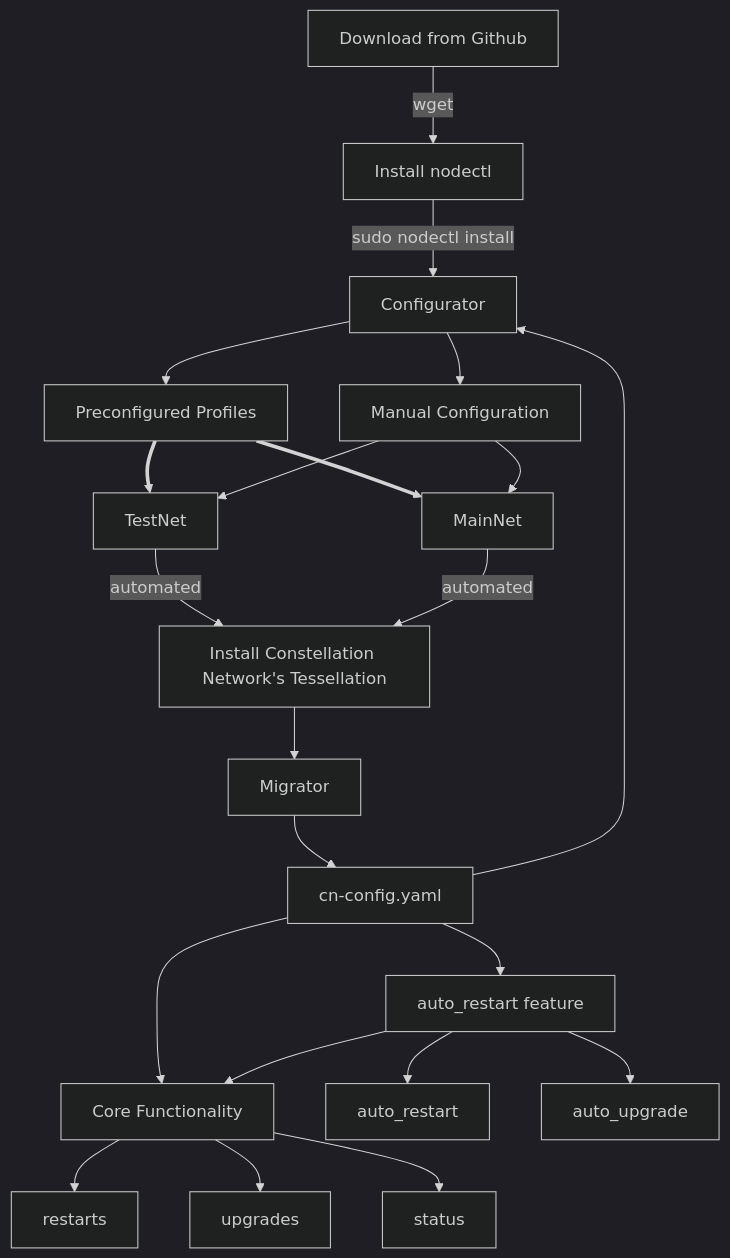
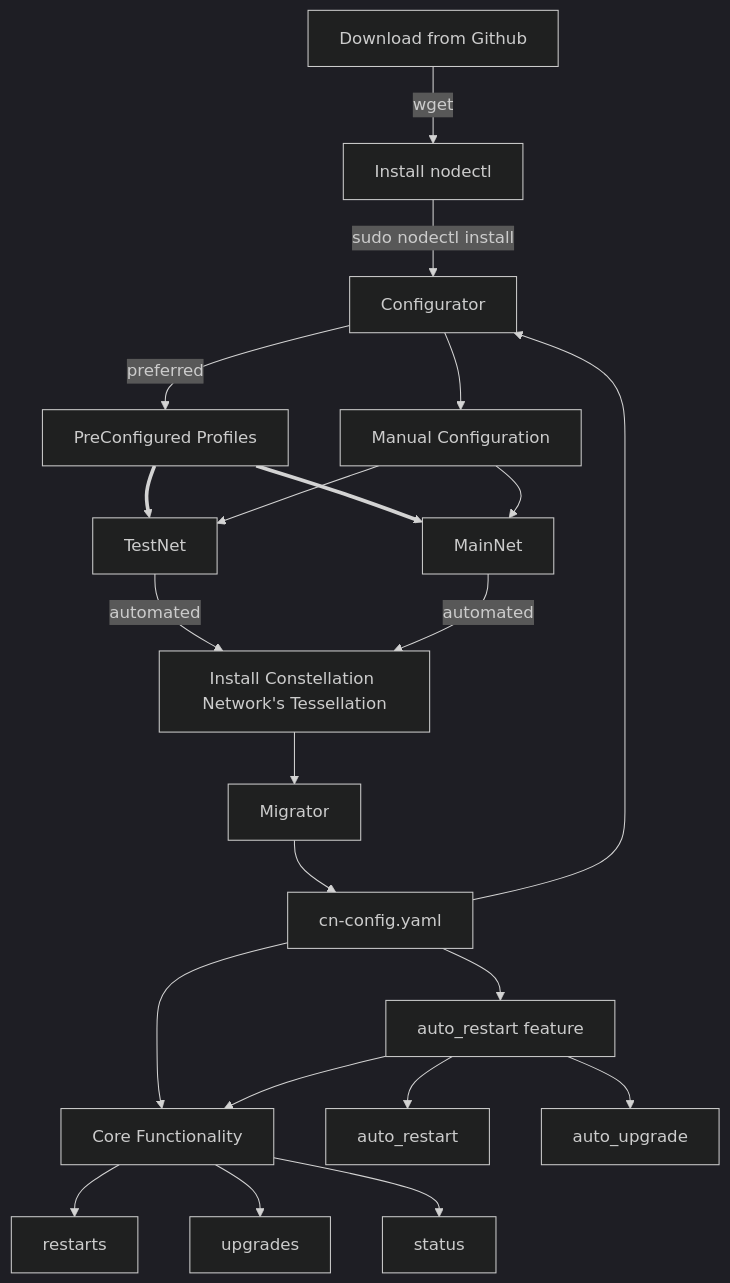
The second of 2 diagrams in README.md (StardustCollective/nodectl), drawn with Mermaid (dark theme) before and after one commit. The commit also changed other lines of this file, not shown here.

````diff
--- a/README.md
+++ b/README.md
@@ -59,37 +59,37 @@
 ```mermaid
 flowchart TD
   A[Core Functionality];
   B[Configurator];
   C[Migrator];
   E[cn-config.yaml];
   D[Download from Github ]
   I[Install nodectl]
   i[Install Constellation Network's Tessellation]
   M[Manual Configuration]
-  P[Preconfigured Profiles]
+  P[PreConfigured Profiles]
   m[MainNet]
   t[TestNet]
   r[restarts]
   u[upgrades]
   s[status]
   aa[auto_restart feature]
   a[auto_restart]
   au[auto_upgrade]
   
-  D -- wget --> I -- sudo nodectl install --> B --> P ==> m
+  D -- wget --> I -- sudo nodectl install --> B -- preferred --> P ==> m
   P ==> t 
   B --> M --> t
   t -- automated --> i
   m -- automated --> i
   M --> m
   i --> C --> E
   E --> A
   A --> r
   A --> u
   A --> s  
   aa --> A
   E --> aa
   aa --> au
   aa --> a
   E --> B
 ```
````
